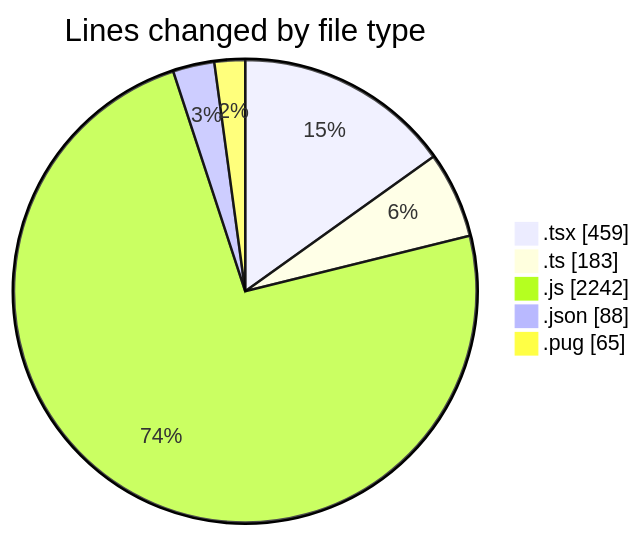
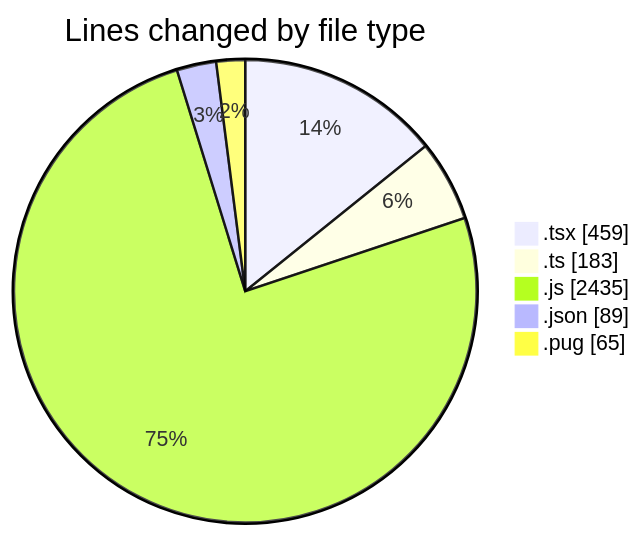
Before and after one commit to momahboobian/code-tracking: the first of 2 diagrams in 2025-03-24/cda/README.md, drawn with Mermaid. The commit also changed other lines of this file and 1 other file, not shown here.

````diff
--- a/2025-03-24/cda/README.md
+++ b/2025-03-24/cda/README.md
@@ -32,9 +32,9 @@
 ```mermaid
 pie showData
 title Lines changed by file type
 ".tsx" : 459
 ".ts" : 183
-".js" : 2242
-".json" : 88
+".js" : 2435
+".json" : 89
 ".pug" : 65
 ```
````
